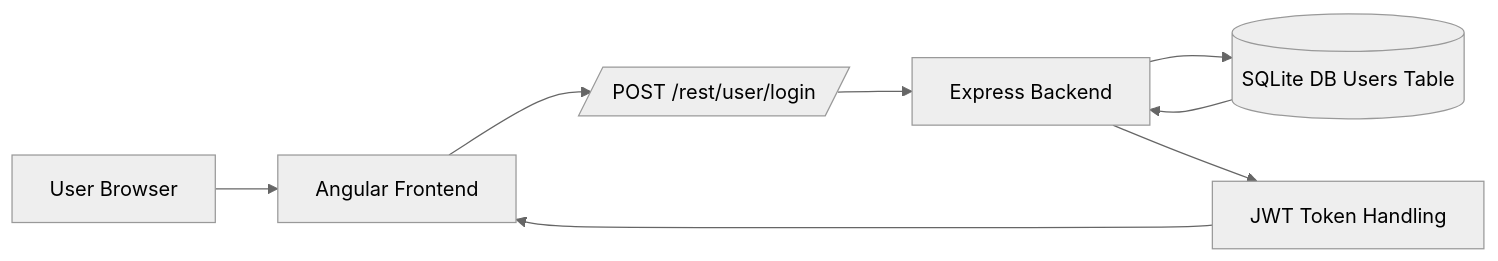
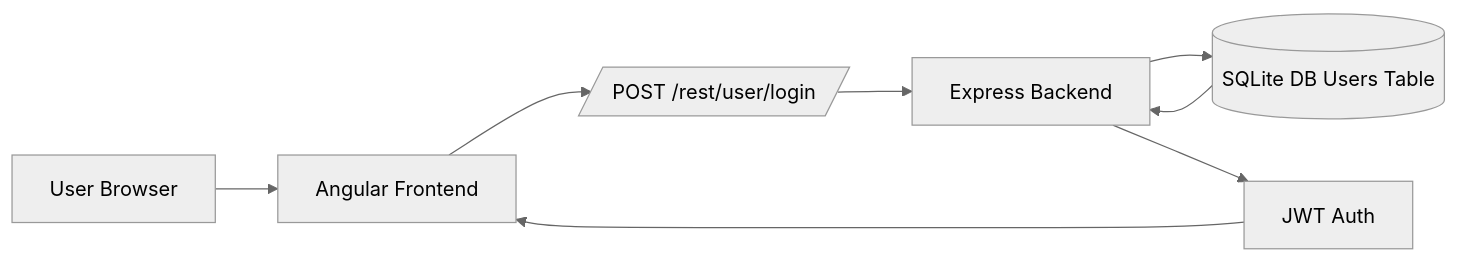
One commit to JosephJ12/CTF-Walkthroughs changed the first of 3 diagrams in Cybersecurity-Portfolio/Threat Modeling - OWASP Juice Shop/README.md. Above: the diagram before and after it, drawn with Mermaid (neutral theme). The commit also changed other lines of this file, not shown here.

````diff
--- a/Cybersecurity-Portfolio/Threat Modeling - OWASP Juice Shop/README.md
+++ b/Cybersecurity-Portfolio/Threat Modeling - OWASP Juice Shop/README.md
@@ -50,17 +50,17 @@
 ```mermaid
 flowchart LR
     U[User Browser]
     FE[Angular Frontend]
     API[/POST /rest/user/login/]
     APP[Express Backend]
     DB[(SQLite DB Users Table)]
-    JWT[JWT Token Handling]
+    JWT[JWT Auth]
 
     U --> FE
     FE --> API
     API --> APP
     APP --> DB
     DB --> APP
     APP --> JWT
     JWT --> FE
 ```
````
